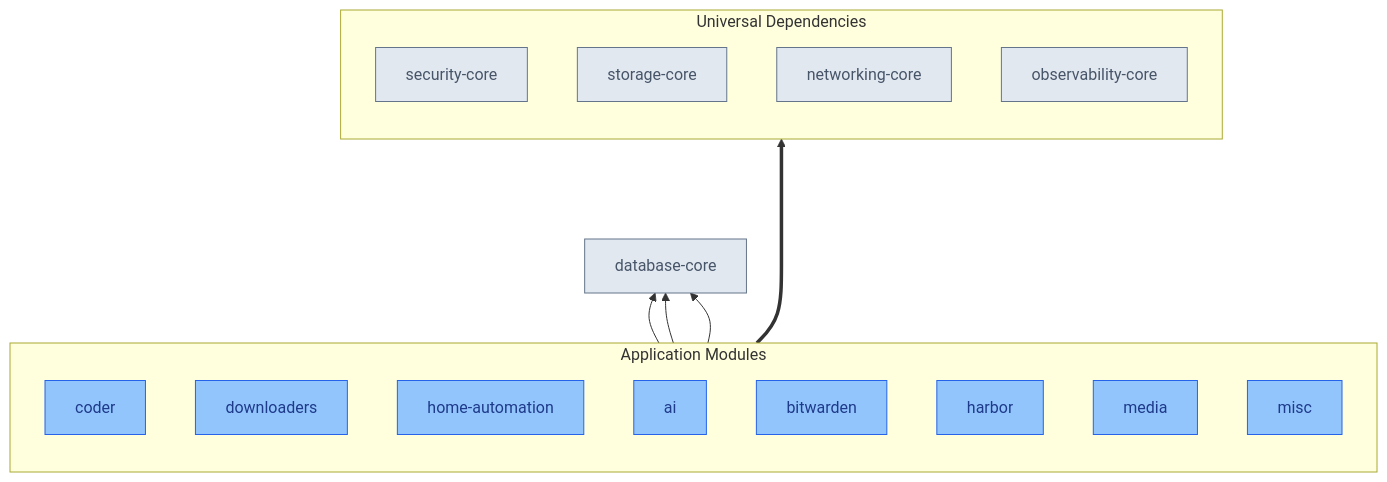
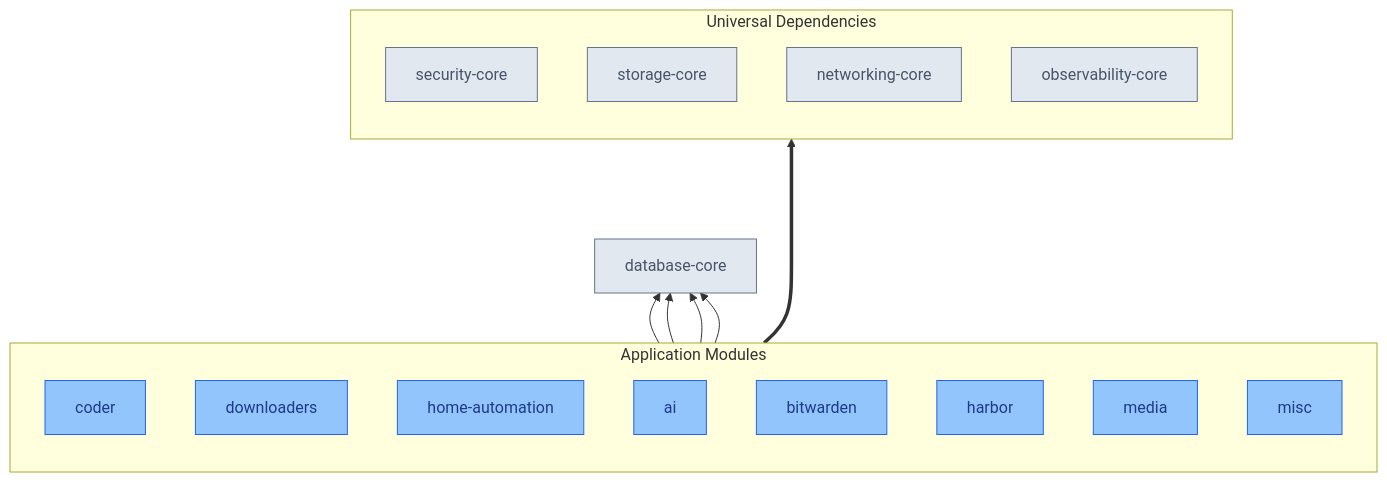
The diagram in apps/README.md (ppat/homelab-ops-kubernetes-apps), drawn with Mermaid before and after one commit. The commit also changed other lines of this file and 28 other files, not shown here.

````diff
--- a/apps/README.md
+++ b/apps/README.md
@@ -21,44 +21,45 @@
 ```mermaid
 flowchart BT
     %% Color scheme - infrastructure less prominent than apps
     classDef infra fill:#e2e8f0,stroke:#64748b,color:#475569
     classDef apps fill:#93c5fd,stroke:#2563eb,color:#1e3a8a
     classDef universal fill:none,stroke:#64748b
     classDef appbox fill:none,stroke:#2563eb
     classDef invisible fill:none,stroke:none
 
     %% Universal Infrastructure Layer
     subgraph UniversalDeps["Universal Dependencies"]
         direction TB
         security[security-core]:::infra
         storage[storage-core]:::infra
         networking[networking-core]:::infra
         observability[observability-core]:::infra
     end
     class UniversalDeps universal
 
     %% Database (specific dependency)
     database[database-core]:::infra
 
     %% Apps Layer with visible border
     subgraph Apps["Application Modules"]
         direction TB
         coder[coder]:::apps
         downloaders[downloaders]:::apps
         home-automation[home-automation]:::apps
         ai[ai]:::apps
         bitwarden[bitwarden]:::apps
         harbor[harbor]:::apps
         media[media]:::apps
         misc[misc]:::apps
     end
     class Apps appbox
 
     %% Universal Dependencies (every app) with thicker arrow from connection point
     Apps ====> UniversalDeps
 
     %% Specific Database Dependencies
     coder --> database
     downloaders --> database
     home-automation --> database
+    ai --> database
 ```
````
